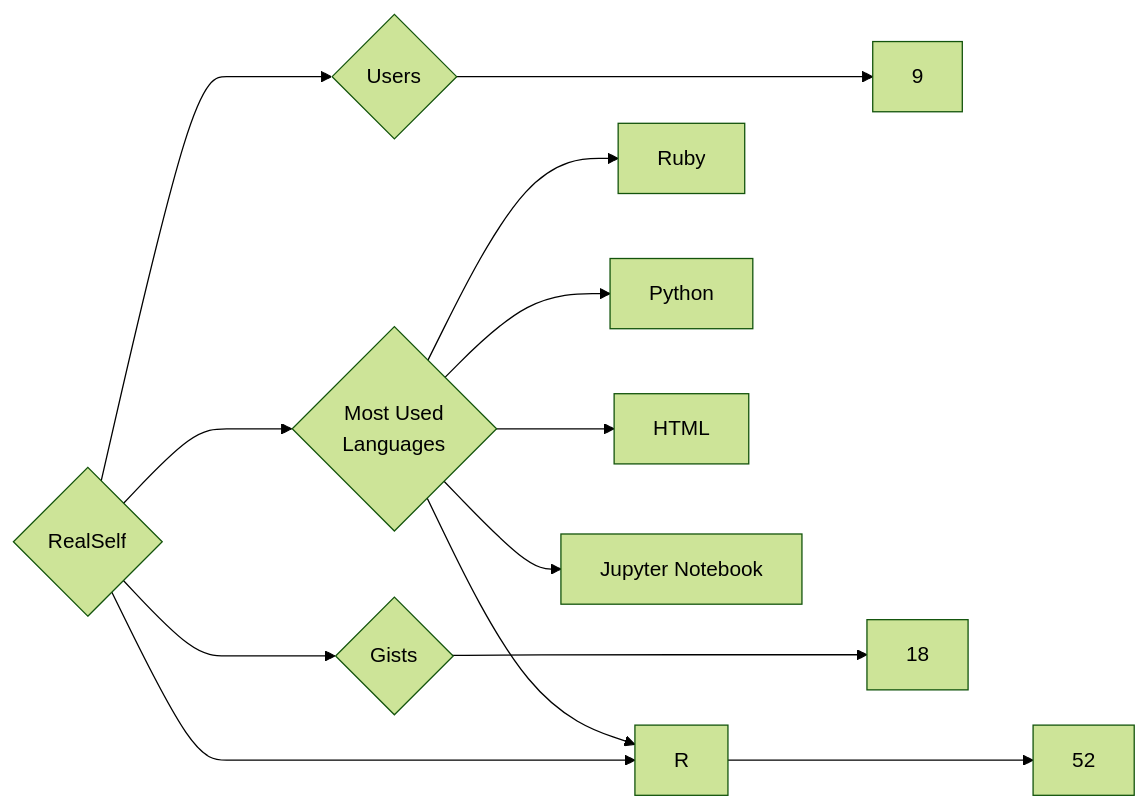
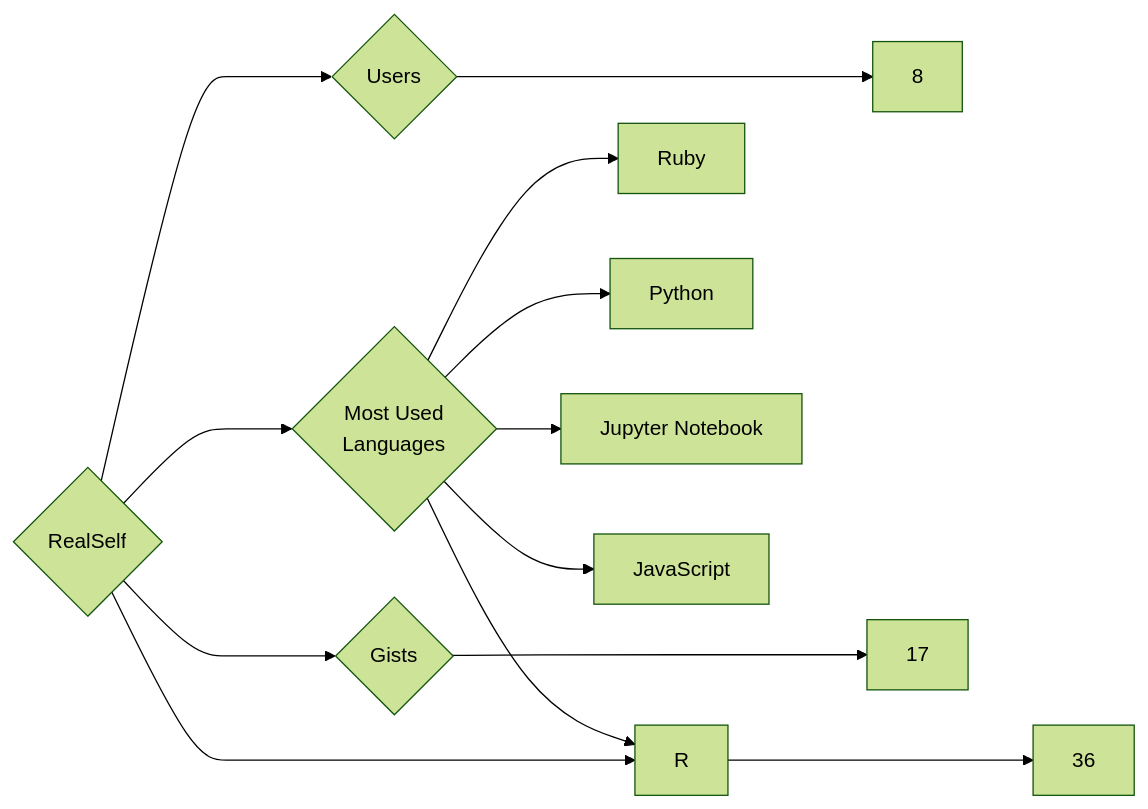
One commit to trickest/insiders changed the diagram in targets/RealSelf/README.md. Above: the diagram before and after it, drawn with Mermaid (forest theme). The commit also changed 677 other files, not shown here.

````diff
--- a/targets/RealSelf/README.md
+++ b/targets/RealSelf/README.md
@@ -3,13 +3,13 @@
 ```mermaid
 graph LR
 COMPANY_NAME{RealSelf}
-COMPANY_NAME ---> U{Users} ---> UN[9]
-COMPANY_NAME ---> R{Repositories} ---> RN[52]
-COMPANY_NAME ---> G{Gists} ---> GN[18]
+COMPANY_NAME ---> U{Users} ---> UN[8]
+COMPANY_NAME ---> R{Repositories} ---> RN[36]
+COMPANY_NAME ---> G{Gists} ---> GN[17]
 COMPANY_NAME ---> ML{Most Used<br>Languages}
 ML --> Ruby[Ruby]
 ML --> Python[Python]
-ML --> HTML[HTML]
 ML --> R[R]
 ML --> Jupyter_Notebook[Jupyter Notebook]
+ML --> JavaScript[JavaScript]
 ```
````
